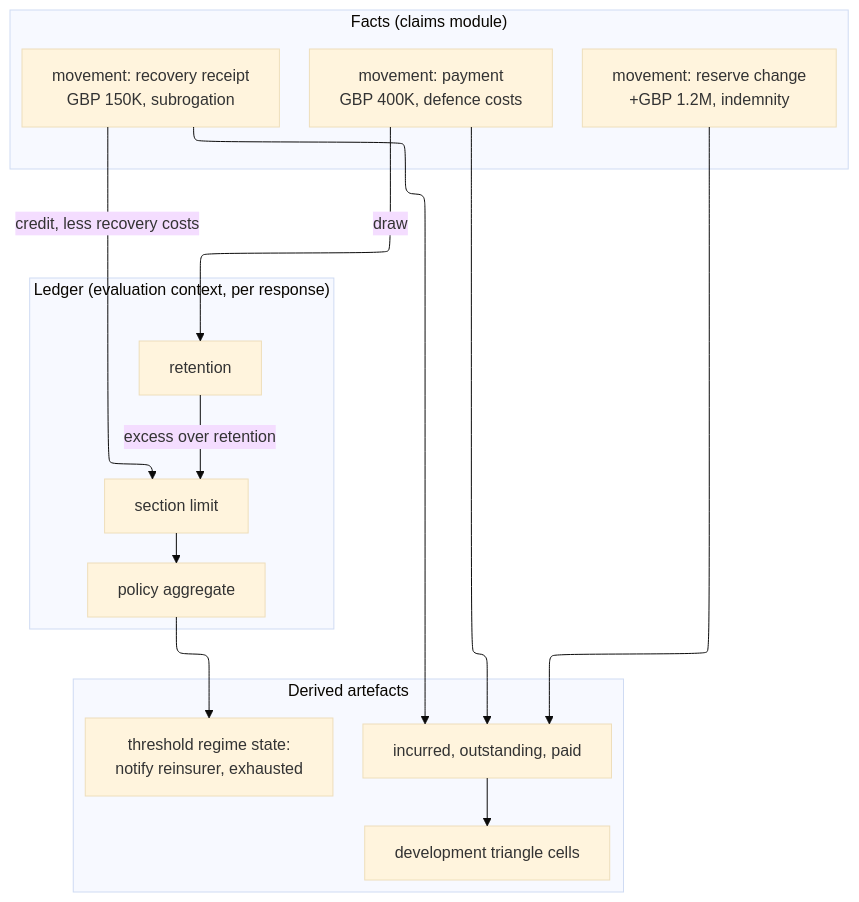
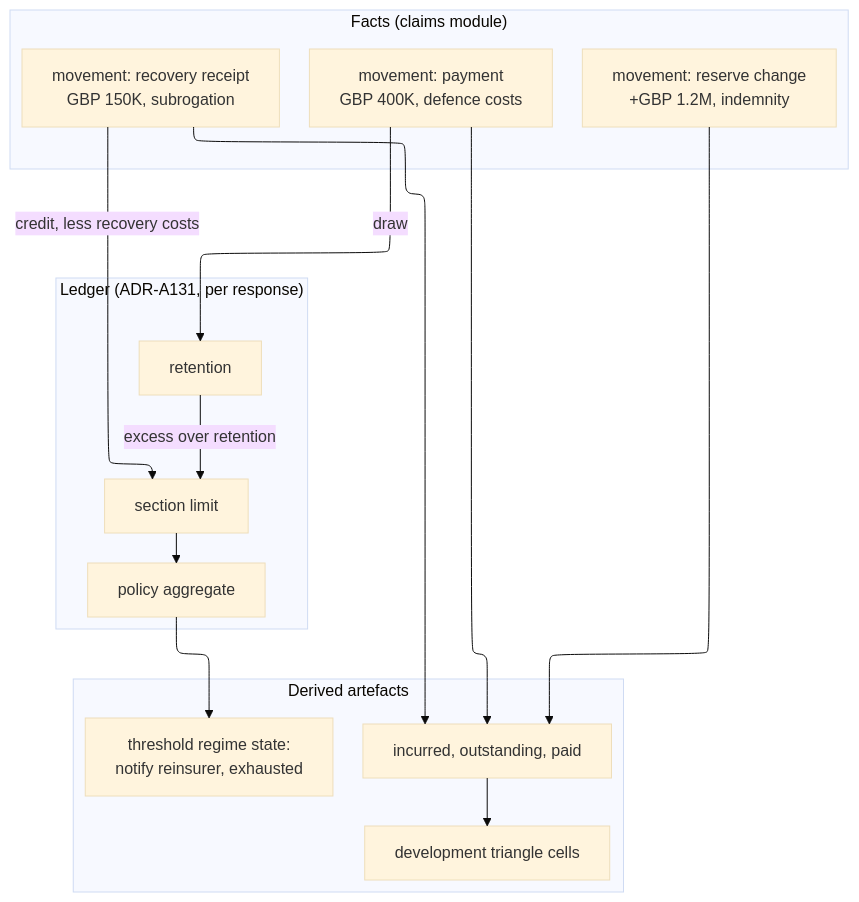
One commit to nebularis/lattice changed the fourth of 5 diagrams in docs/developer/sketches/insurance-claims-ontology.md. Above: the diagram before and after it, drawn with Mermaid (base theme). The commit also changed other lines of this file and 300 other files, not shown here.

````diff
--- a/docs/developer/sketches/insurance-claims-ontology.md
+++ b/docs/developer/sketches/insurance-claims-ontology.md
@@ -798,30 +798,30 @@
 ```mermaid
 ---
 config:
   layout: elk
 ---
 flowchart TB
     subgraph FACTS["Facts (claims module)"]
         M1["movement: payment<br/>GBP 400K, defence costs"]
         M2["movement: reserve change<br/>+GBP 1.2M, indemnity"]
         M3["movement: recovery receipt<br/>GBP 150K, subrogation"]
     end
-    subgraph LEDGER["Ledger (evaluation context, per response)"]
+    subgraph LEDGER["Ledger (ADR-A131, per response)"]
         AG["policy aggregate"]
         SL["section limit"]
         RT["retention"]
     end
     subgraph DERIVED["Derived artefacts"]
         BAL["incurred, outstanding, paid"]
         TRI["development triangle cells"]
         THR["threshold regime state:<br/>notify reinsurer, exhausted"]
     end
     M1 -- "draw" --> RT
     RT -- "excess over retention" --> SL --> AG
     M3 -- "credit, less recovery costs" --> SL
     M1 --> BAL
     M2 --> BAL
     M3 --> BAL
     BAL --> TRI
     AG --> THR
 ```
````
